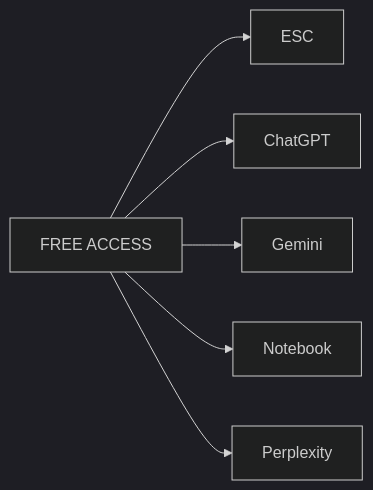
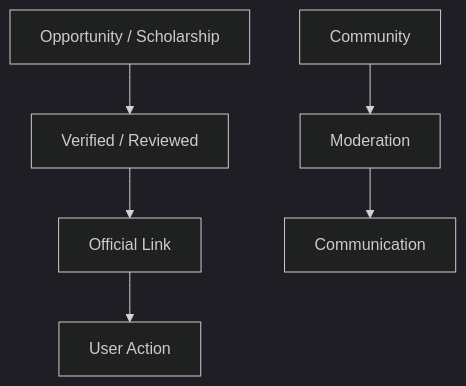
One commit to mahik2007/hackathon changed diagram 21 of 23 in README.md. Above: the diagram before and after it, drawn with Mermaid (dark theme). The commit also changed other lines of this file, not shown here.

````diff
--- a/README.md
+++ b/README.md
@@ -363,9 +403,8 @@
 ```mermaid
-flowchart LR
-    F[FREE ACCESS]
-    F --> E[ESC]
-    F --> C[ChatGPT]
-    F --> G[Gemini]
-    F --> N[Notebook]
-    F --> P[Perplexity]
+flowchart TB
+    INFO[Opportunity / Scholarship] --> V[Verified / Reviewed]
+    V --> L[Official Link]
+    L --> U[User Action]
+    CHAT[Community] --> M[Moderation]
+    M --> C[Communication]
 ```
````
